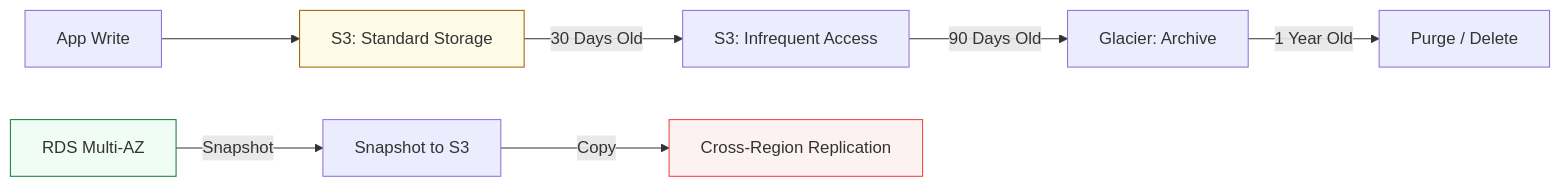
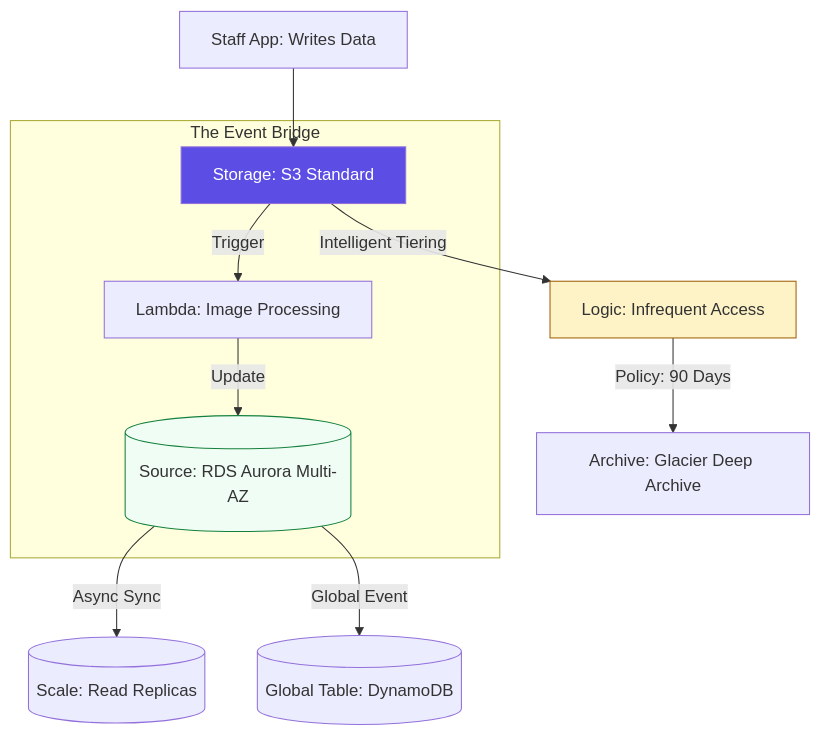
Before and after one commit to Ganil151/Devops: the diagram in 2-Intermediate/02-Phase-2/01-Infrastructure-Automation/03-Cloud-Platforms/04-Data-and-Automation/README.md, drawn with Mermaid. The commit also changed other lines of this file and 281 other files, not shown here.

````diff
--- a/2-Intermediate/02-Phase-2/01-Infrastructure-Automation/03-Cloud-Platforms/04-Data-and-Automation/README.md
+++ b/2-Intermediate/02-Phase-2/01-Infrastructure-Automation/03-Cloud-Platforms/04-Data-and-Automation/README.md
@@ -13,14 +13,19 @@
 ```mermaid
-graph LR
-    App[App Write] --> S3[S3: Standard Storage]
-    S3 -->|30 Days Old| IA[S3: Infrequent Access]
-    IA -->|90 Days Old| GL[Glacier: Archive]
-    GL -->|1 Year Old| Del[Purge / Delete]
+graph TD
+    App[Staff App: Writes Data] --> S3[Storage: S3 Standard]
+    S3 -->|Intelligent Tiering| IA[Logic: Infrequent Access]
+    IA -->|Policy: 90 Days| GL[Archive: Glacier Deep Archive]
     
-    DB[RDS Multi-AZ] -->|Snapshot| Snap[Snapshot to S3]
-    Snap -->|Copy| Reg[Cross-Region Replication]
-
-    style S3 fill:#fefce8,stroke:#a16207
+    DB[(Source: RDS Aurora Multi-AZ)]
+    DB -- Async Sync --> RR[(Scale: Read Replicas)]
+    DB -- Global Event --> DT[(Global Table: DynamoDB)]
+    
+    subgraph Automation_Cycle[The Event Bridge]
+        S3 -- Trigger --> L[Lambda: Image Processing]
+        L -- Update --> DB
+    end
+    
+    style S3 fill:#5c4ee5,color:#fff
     style DB fill:#f0fdf4,stroke:#15803d
-    style Reg fill:#fdf2f2,stroke:#ef4444
+    style IA fill:#fef3c7,stroke:#a16207
 ```
````
